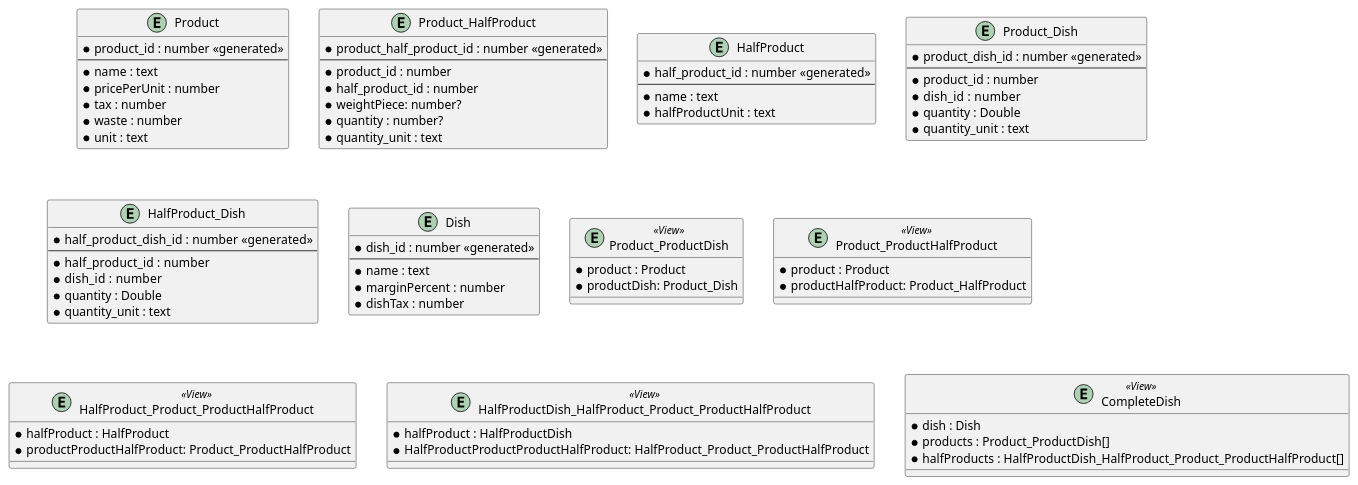
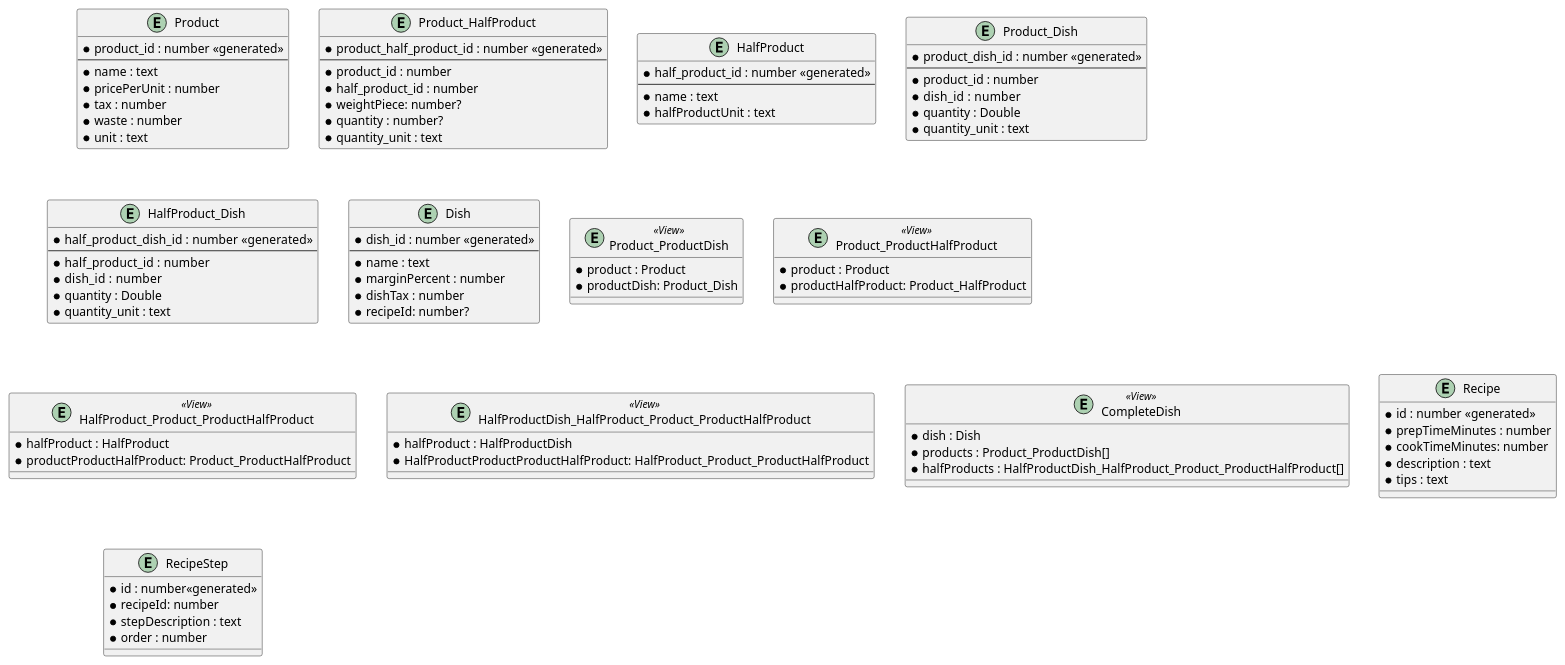
The diagram in design/data/database/new.plantuml (michalguspiel/FoodCostCalculator), drawn with PlantUML before and after one commit. The commit also changed 13 other files, not shown here.

```diff
--- a/design/data/database/new.plantuml
+++ b/design/data/database/new.plantuml
@@ -1,80 +1,96 @@
 @startuml
 
 entity "Product" as p {
     *product_id : number <<generated>>
     --
     *name : text
     *pricePerUnit : number
     *tax : number
     *waste : number
     *unit : text
 }
 
 entity "Product_HalfProduct" as php {
     *product_half_product_id : number <<generated>>
     --
     *product_id : number 
     *half_product_id : number 
     *weightPiece: number?
     *quantity : number?
     *quantity_unit : text
 }
 
 entity "HalfProduct" as hp {
     *half_product_id : number <<generated>>
     --
     *name : text
     *halfProductUnit : text
 }
 
 entity "Product_Dish" as pd{
     *product_dish_id : number <<generated>>
     --
     *product_id : number
     *dish_id :  number
     *quantity : Double
     *quantity_unit : text
 }
 
 entity "HalfProduct_Dish" as hpd {
     *half_product_dish_id :  number <<generated>>
     --
     *half_product_id :  number
     *dish_id :  number
     *quantity : Double
     *quantity_unit : text
 }
 
 entity "Dish" as d {
     *dish_id : number <<generated>>
     --
     *name : text
     *marginPercent : number
     *dishTax : number
+    *recipeId: number?
 }
 
 entity Product_ProductDish <<View>> {
     *product : Product
     *productDish: Product_Dish
 }
 entity Product_ProductHalfProduct <<View>>  {
     *product : Product
     *productHalfProduct: Product_HalfProduct
 }
 entity HalfProduct_Product_ProductHalfProduct <<View>>  {
     *halfProduct : HalfProduct
     *productProductHalfProduct: Product_ProductHalfProduct
 }
 
 entity HalfProductDish_HalfProduct_Product_ProductHalfProduct <<View>> {
     *halfProduct : HalfProductDish
     *HalfProductProductProductHalfProduct: HalfProduct_Product_ProductHalfProduct
 }
 
 entity CompleteDish <<View>> {
     *dish : Dish
     *products : Product_ProductDish[]
     *halfProducts : HalfProductDish_HalfProduct_Product_ProductHalfProduct[]
 }
 
+entity Recipe  {
+    *id : number <<generated>>
+    *prepTimeMinutes : number
+    *cookTimeMinutes: number
+    *description : text
+    *tips : text
+}
+
+entity RecipeStep {
+    *id : number<<generated>>
+    *recipeId: number
+    *stepDescription : text
+    *order : number
+}
+
 @enduml
```
